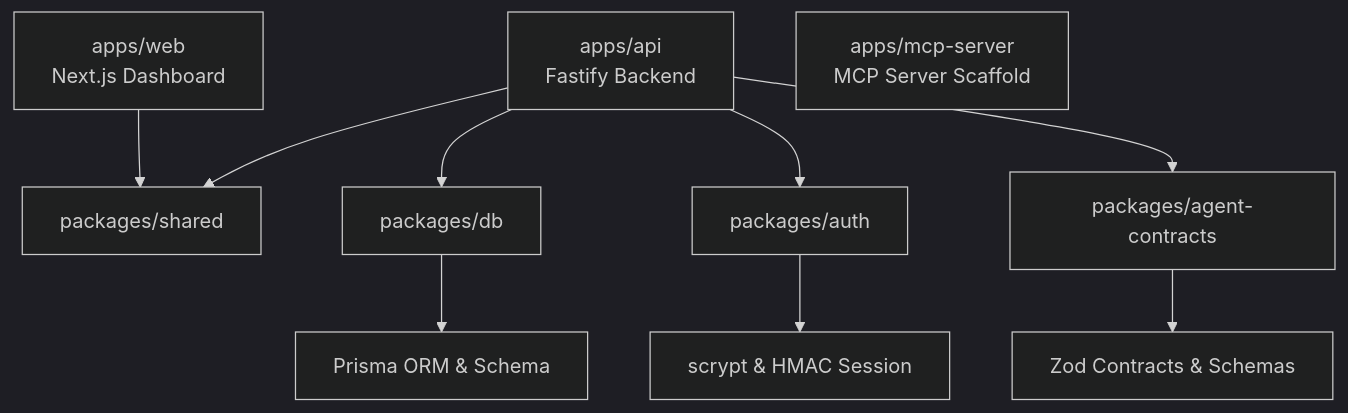
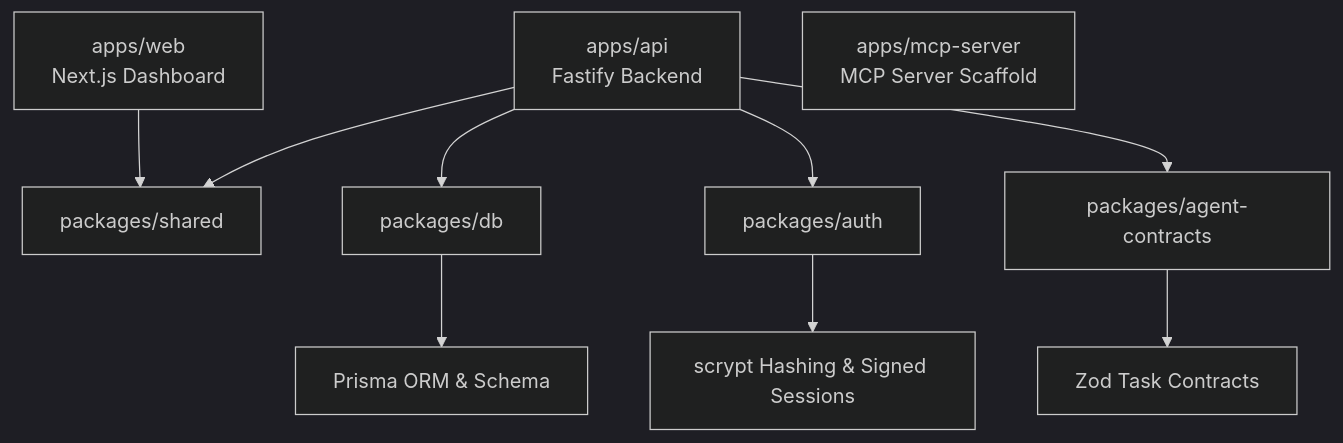
The diagram in docs/implementation-context.md (Deadeye102000/Agentready), drawn with Mermaid (dark theme) before and after one commit. The commit also changed other lines of this file and 8 other files, not shown here.

````diff
--- a/docs/implementation-context.md
+++ b/docs/implementation-context.md
@@ -13,13 +13,13 @@
 ```mermaid
 graph TD
     apps/web[apps/web<br>Next.js Dashboard] --> packages/shared
     apps/api[apps/api<br>Fastify Backend] --> packages/shared
     apps/api --> packages/db
     apps/api --> packages/auth
     apps/api --> packages/agent-contracts
     apps/mcp-server[apps/mcp-server<br>MCP Server Scaffold]
     
     packages/db --> Prisma[Prisma ORM & Schema]
-    packages/auth --> Crypto[scrypt & HMAC Session]
-    packages/agent-contracts --> Contracts[Zod Contracts & Schemas]
+    packages/auth --> Crypto[scrypt Hashing & Signed Sessions]
+    packages/agent-contracts --> Contracts[Zod Task Contracts]
 ```
````
